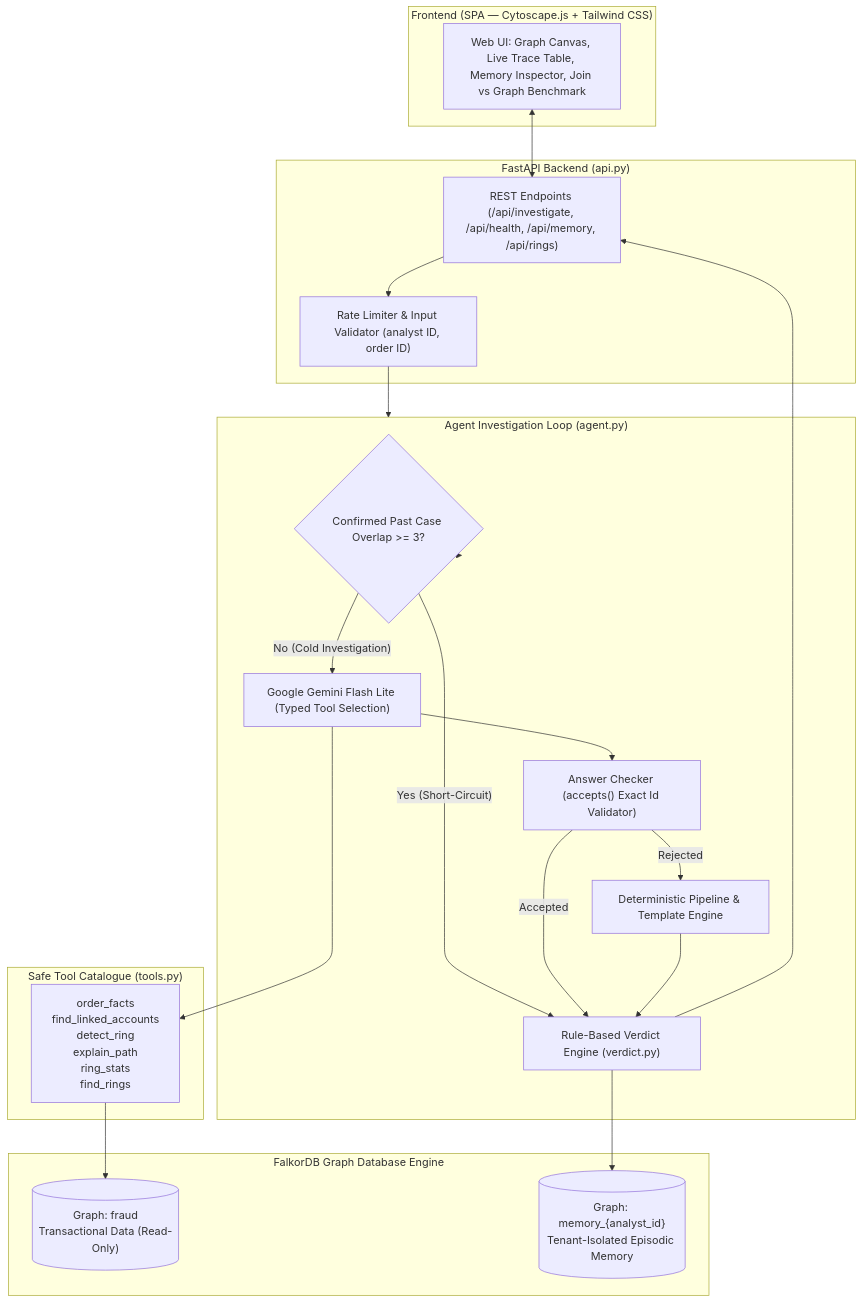
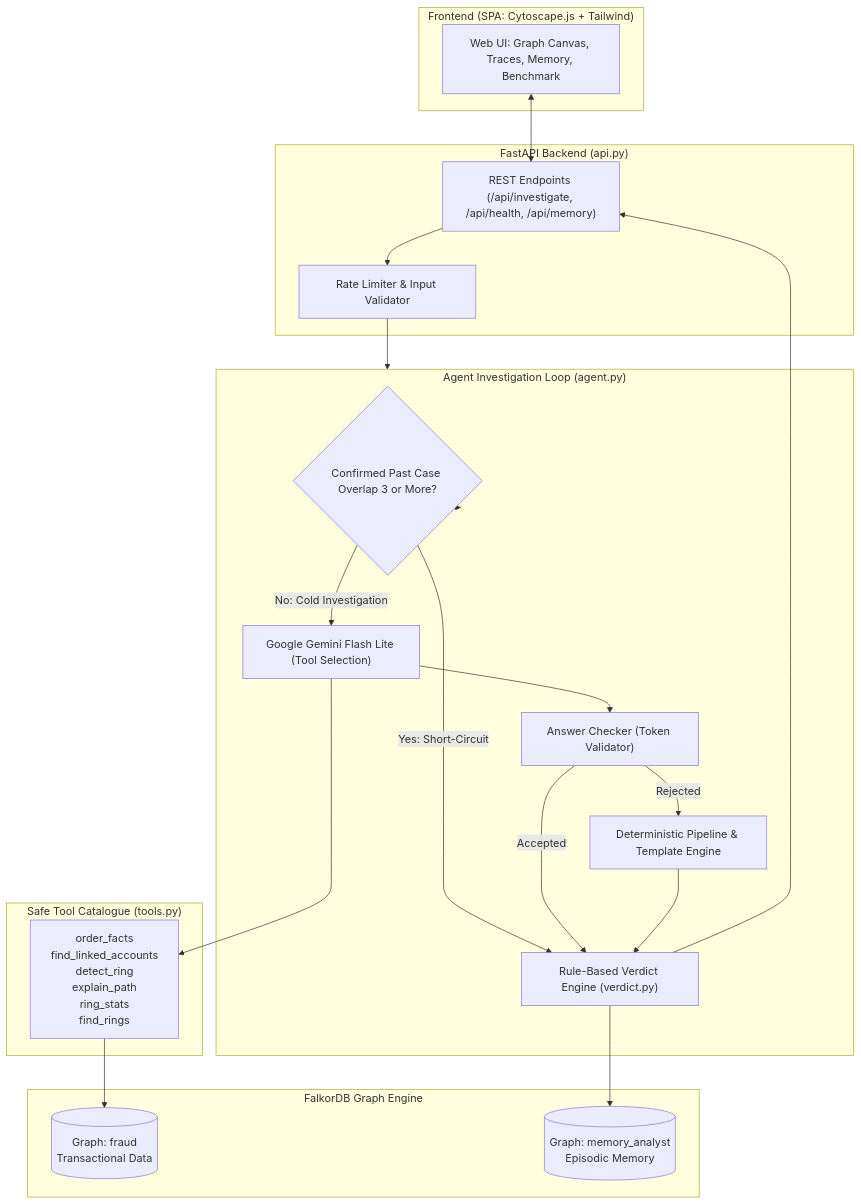
Before and after one commit to Manasa-L-Hegde/RingWatch: the first of 3 diagrams in README.md, drawn with Mermaid. The commit also changed other lines of this file, not shown here.

Commit message:
Fix Mermaid diagram syntax for GitHub rendering

````diff
--- a/README.md
+++ b/README.md
@@ -99,42 +99,43 @@
 ```mermaid
 flowchart TD
-    subgraph Frontend ["Frontend (SPA — Cytoscape.js + Tailwind CSS)"]
-        UI["Web UI: Graph Canvas, Live Trace Table, Memory Inspector, Join vs Graph Benchmark"]
+    subgraph Frontend ["Frontend (SPA: Cytoscape.js + Tailwind)"]
+        UI["Web UI: Graph Canvas, Traces, Memory, Benchmark"]
     end
 
     subgraph Backend ["FastAPI Backend (api.py)"]
-        API["REST Endpoints (/api/investigate, /api/health, /api/memory, /api/rings)"]
-        RateLimit["Rate Limiter & Input Validator (analyst ID, order ID)"]
+        API["REST Endpoints (/api/investigate, /api/health, /api/memory)"]
+        RateLimit["Rate Limiter & Input Validator"]
     end
 
     subgraph AgentLoop ["Agent Investigation Loop (agent.py)"]
-        MemoryShortCircuit{"Confirmed Past Case Overlap >= 3?"}
-        LLM["Google Gemini Flash Lite (Typed Tool Selection)"]
-        Safeguard["Answer Checker (accepts() Exact Id Validator)"]
+        MemoryShortCircuit{"Confirmed Past Case Overlap 3 or More?"}
+        LLM["Google Gemini Flash Lite (Tool Selection)"]
+        Safeguard["Answer Checker (Token Validator)"]
         Fallback["Deterministic Pipeline & Template Engine"]
         VerdictEngine["Rule-Based Verdict Engine (verdict.py)"]
     end
 
     subgraph ToolCatalogue ["Safe Tool Catalogue (tools.py)"]
-        Tools["order_facts\nfind_linked_accounts\ndetect_ring\nexplain_path\nring_stats\nfind_rings"]
+        Tools["order_facts<br/>find_linked_accounts<br/>detect_ring<br/>explain_path<br/>ring_stats<br/>find_rings"]
     end
 
-    subgraph FalkorDB ["FalkorDB Graph Database Engine"]
-        FraudGraph[("Graph: fraud\nTransactional Data (Read-Only)")]
-        MemoryGraphs[("Graph: memory_{analyst_id}\nTenant-Isolated Episodic Memory")]
+    subgraph FalkorDB ["FalkorDB Graph Engine"]
+        FraudGraph[("Graph: fraud<br/>Transactional Data")]
+        MemoryGraphs[("Graph: memory_analyst<br/>Episodic Memory")]
     end
 
     UI <--> API
-    API --> RateLimit --> AgentLoop
+    API --> RateLimit
+    RateLimit --> AgentLoop
     AgentLoop --> MemoryShortCircuit
-    MemoryShortCircuit -- Yes (Short-Circuit) --> VerdictEngine
-    MemoryShortCircuit -- No (Cold Investigation) --> LLM
+    MemoryShortCircuit -->|Yes: Short-Circuit| VerdictEngine
+    MemoryShortCircuit -->|No: Cold Investigation| LLM
     LLM --> Tools
     Tools --> FraudGraph
     LLM --> Safeguard
-    Safeguard -- Rejected --> Fallback
-    Safeguard -- Accepted --> VerdictEngine
+    Safeguard -->|Rejected| Fallback
+    Safeguard -->|Accepted| VerdictEngine
     Fallback --> VerdictEngine
     VerdictEngine --> MemoryGraphs
     VerdictEngine --> API
 ```
````
